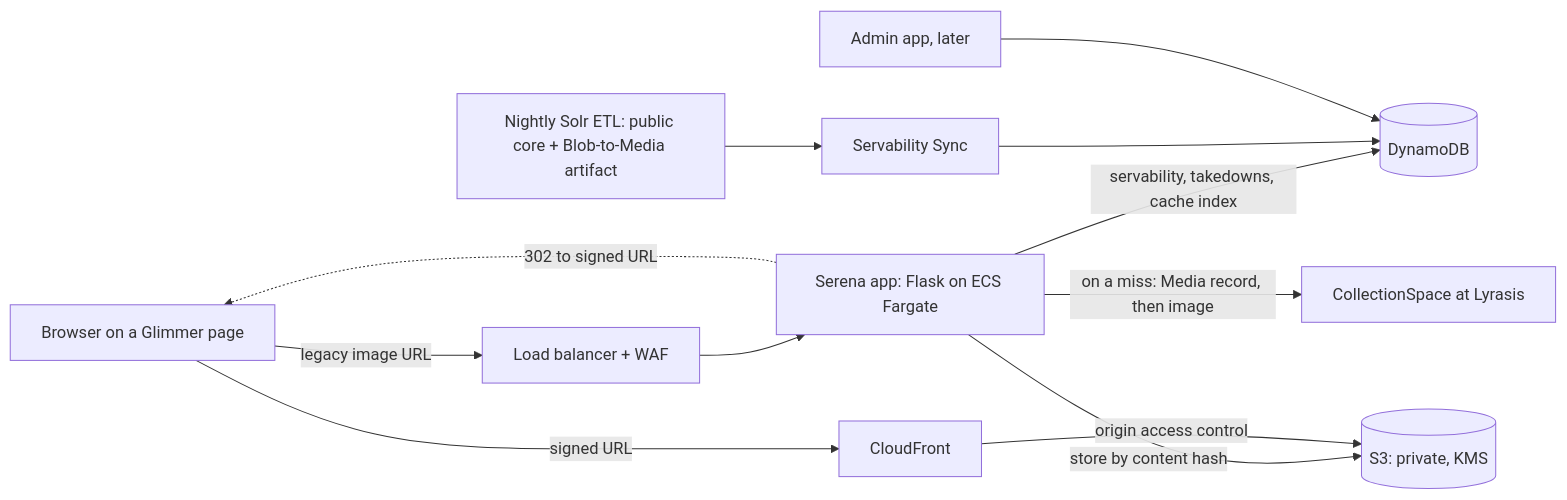
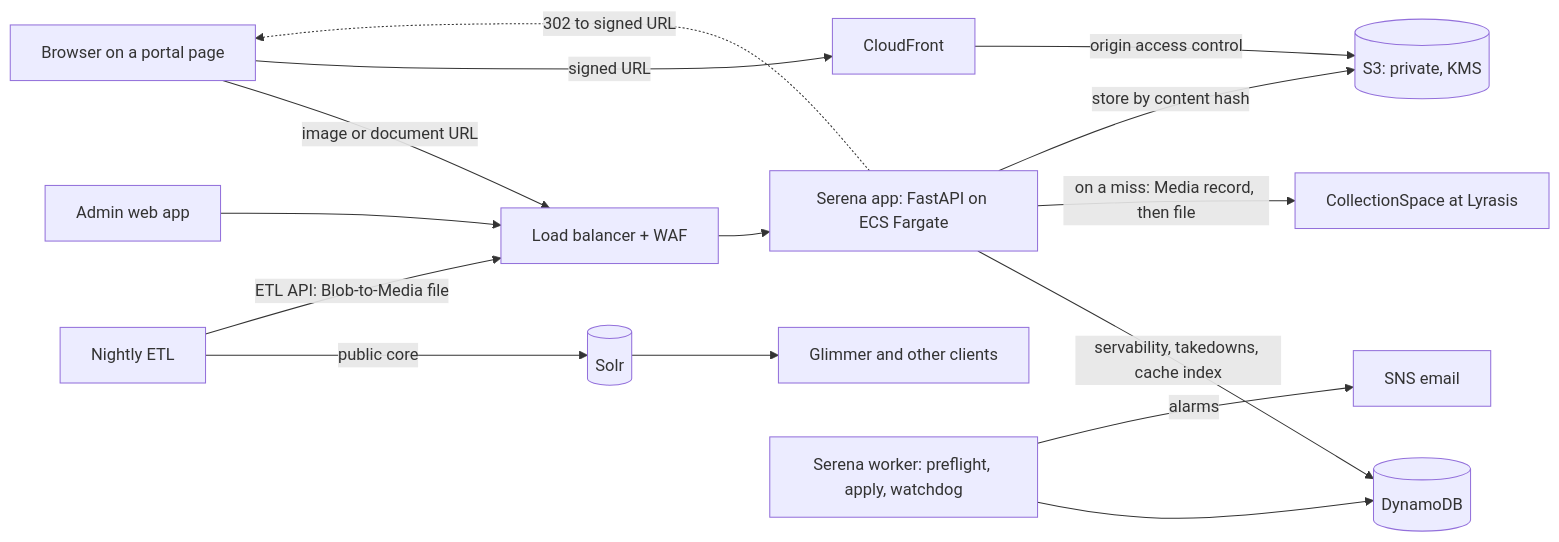
The first of 2 diagrams in docs/design.md (ets-berkeley-edu/cspace-media-server), drawn with Mermaid before and after one commit. The commit also changed other lines of this file and 3 other files, not shown here.

````diff
--- a/docs/design.md
+++ b/docs/design.md
@@ -111,14 +133,17 @@
 ```mermaid
 flowchart LR
-  B[Browser on a Glimmer page] -->|legacy image URL| A[Load balancer + WAF]
-  A --> S[Serena app: Flask on ECS Fargate]
+  B[Browser on a portal page] -->|image or document URL| A[Load balancer + WAF]
+  A --> S[Serena app: FastAPI on ECS Fargate]
   S -->|servability, takedowns, cache index| D[(DynamoDB)]
-  S -->|on a miss: Media record, then image| C[CollectionSpace at Lyrasis]
+  S -->|on a miss: Media record, then file| C[CollectionSpace at Lyrasis]
   S -->|store by content hash| K[(S3: private, KMS)]
   S -.->|302 to signed URL| B
   B -->|signed URL| F[CloudFront]
   F -->|origin access control| K
-  E[Nightly Solr ETL: public core + Blob-to-Media artifact] --> Y[Servability Sync]
-  Y --> D
-  M[Admin app, later] --> D
+  E[Nightly ETL] -->|public core| P[(Solr)]
+  P --> G[Glimmer and other clients]
+  E -->|ETL API: Blob-to-Media file| A
+  W[Serena worker: preflight, apply, watchdog] --> D
+  W -->|alarms| N[SNS email]
+  M[Admin web app] --> A
 ```
````
